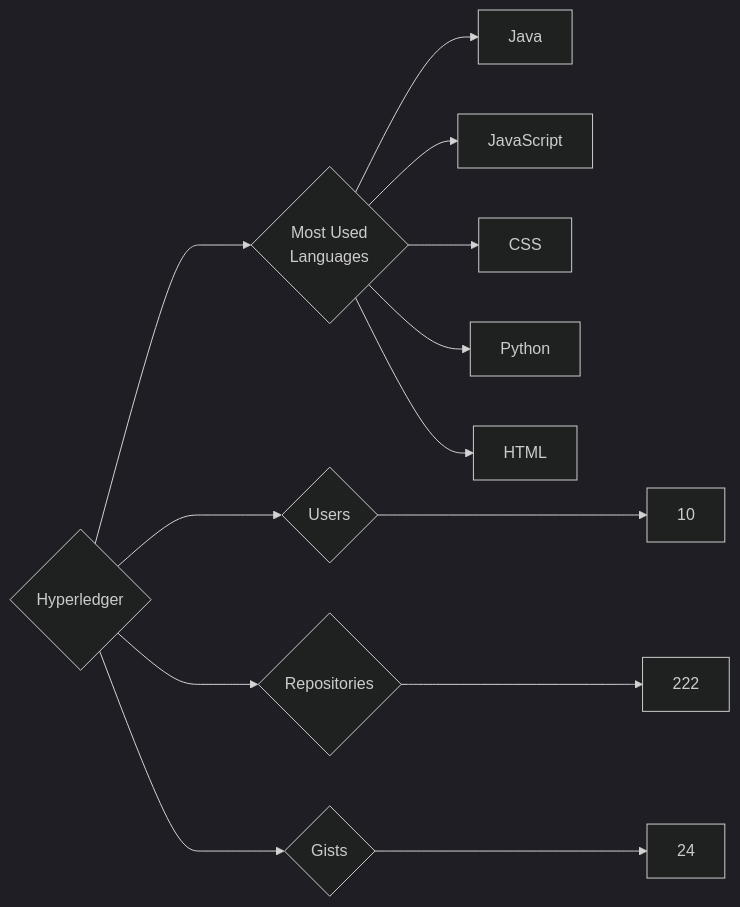
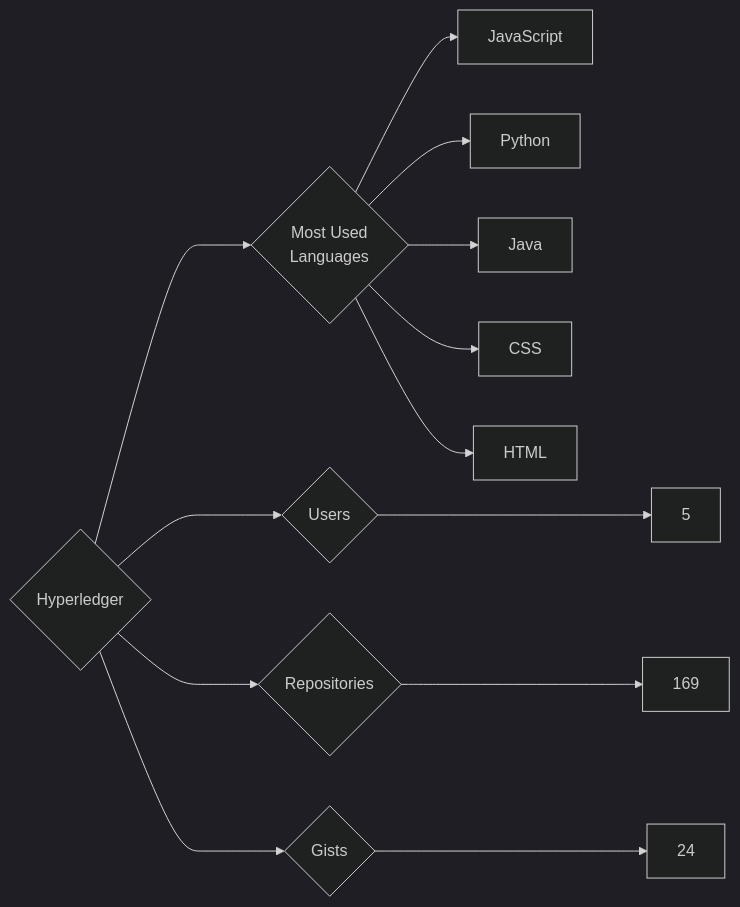
Before and after one commit to trickest/insiders: the diagram in targets/Hyperledger/README.md, drawn with Mermaid (dark theme). The commit also changed 1212 other files, not shown here.

````diff
--- a/targets/Hyperledger/README.md
+++ b/targets/Hyperledger/README.md
@@ -3,13 +3,13 @@
 ```mermaid
 graph LR
 COMPANY_NAME{Hyperledger}
-COMPANY_NAME ---> U{Users} ---> UN[10]
-COMPANY_NAME ---> R{Repositories} ---> RN[222]
+COMPANY_NAME ---> U{Users} ---> UN[5]
+COMPANY_NAME ---> R{Repositories} ---> RN[169]
 COMPANY_NAME ---> G{Gists} ---> GN[24]
 COMPANY_NAME ---> ML{Most Used<br>Languages}
+ML --> JavaScript[JavaScript]
+ML --> Python[Python]
 ML --> Java[Java]
-ML --> JavaScript[JavaScript]
 ML --> CSS[CSS]
-ML --> Python[Python]
 ML --> HTML[HTML]
 ```
````
